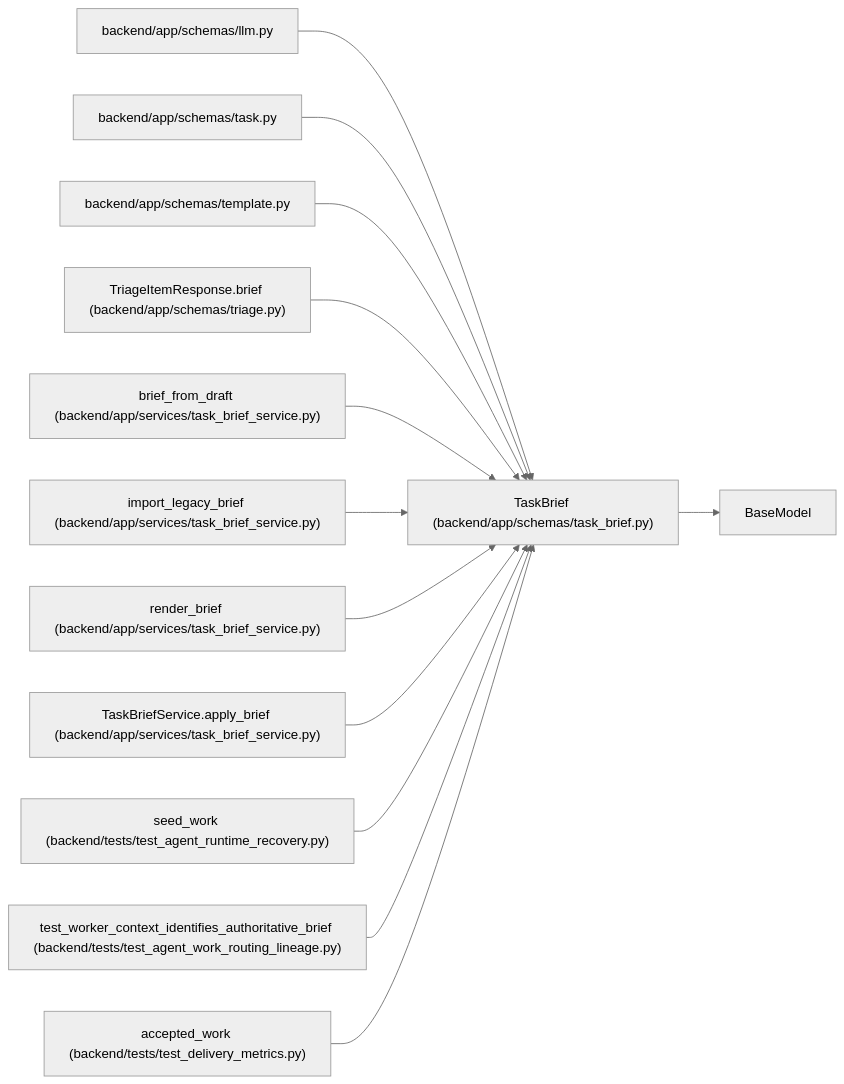
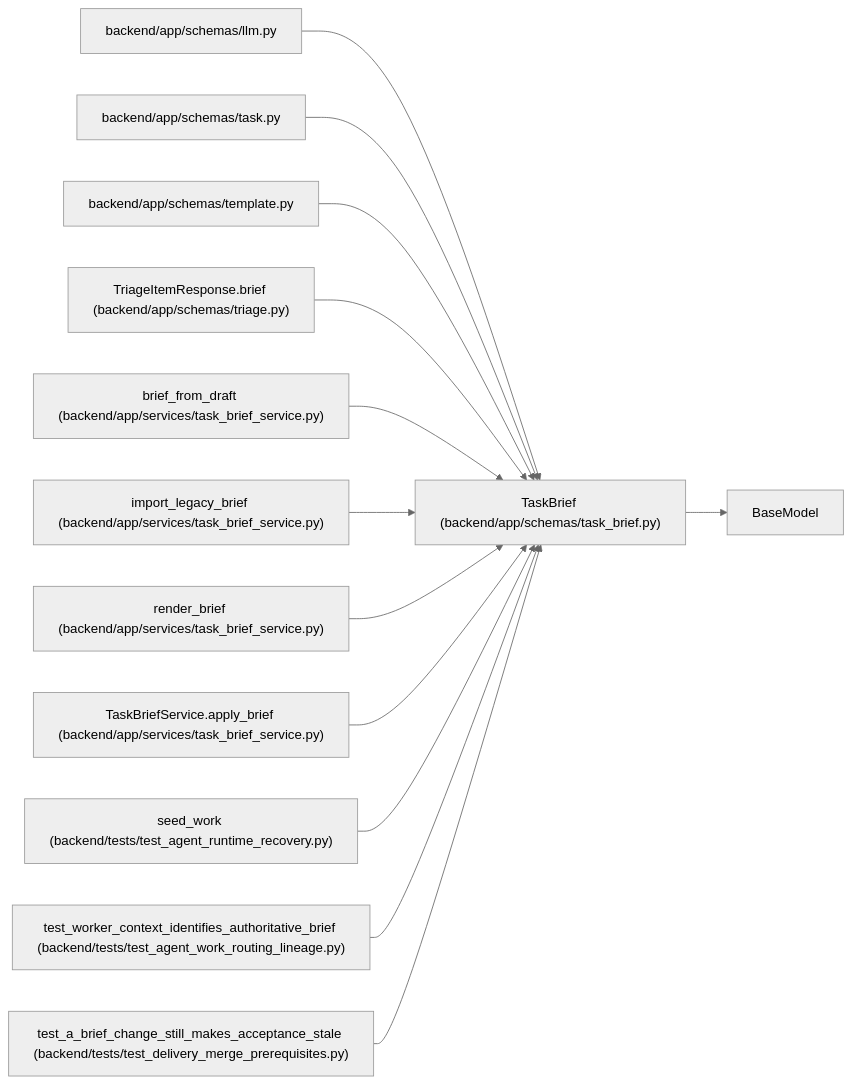
The diagram in docs/llm_wiki/entities/schemas_task_brief_TaskBrief.md (Denissvgn/WorkChord), drawn with Mermaid (neutral theme) before and after one commit. The commit also changed other lines of this file and 1420 other files, not shown here.

First line of the commit message:
Refresh the architectural wiki for the 1.10.0 changes

````diff
--- a/docs/llm_wiki/entities/schemas_task_brief_TaskBrief.md
+++ b/docs/llm_wiki/entities/schemas_task_brief_TaskBrief.md
@@ -46,40 +46,40 @@
 ```mermaid
 flowchart LR
     n0["TaskBrief (backend/app/schemas/task_brief.py)"]
     n1["BaseModel"]
     n2["backend/app/schemas/llm.py"]
     n3["backend/app/schemas/task.py"]
     n4["backend/app/schemas/template.py"]
     n5["TriageItemResponse.brief (backend/app/schemas/triage.py)"]
     n6["brief_from_draft (backend/app/services/task_brief_service.py)"]
     n7["import_legacy_brief (backend/app/services/task_brief_service.py)"]
     n8["render_brief (backend/app/services/task_brief_service.py)"]
     n9["TaskBriefService.apply_brief (backend/app/services/task_brief_service.py)"]
     n10["seed_work (backend/tests/test_agent_runtime_recovery.py)"]
     n11["test_worker_context_identifies_authoritative_brief (backend/tests/test_agent_work_routing_lineage.py)"]
-    n12["accepted_work (backend/tests/test_delivery_metrics.py)"]
+    n12["test_a_brief_change_still_makes_acceptance_stale (backend/tests/test_delivery_merge_prerequisites.py)"]
     n0 --> n1
     n2 --> n0
     n3 --> n0
     n4 --> n0
     n5 --> n0
     n6 --> n0
     n7 --> n0
     n8 --> n0
     n9 --> n0
     n10 --> n0
     n11 --> n0
     n12 --> n0
     click n0 "../modules/schemas_task_brief.md"
     click n2 "../modules/schemas_llm.md"
     click n3 "../modules/schemas_task.md"
     click n4 "../modules/schemas_template.md"
     click n5 "../modules/schemas_triage.md"
     click n6 "../modules/task_brief_service.md"
     click n7 "../modules/task_brief_service.md"
     click n8 "../modules/task_brief_service.md"
     click n9 "../modules/task_brief_service.md"
     click n10 "../modules/test_agent_runtime_recovery.md"
     click n11 "../modules/test_agent_work_routing_lineage.md"
-    click n12 "../modules/test_delivery_metrics.md"
+    click n12 "../modules/test_delivery_merge_prerequisites.md"
 ```
````
